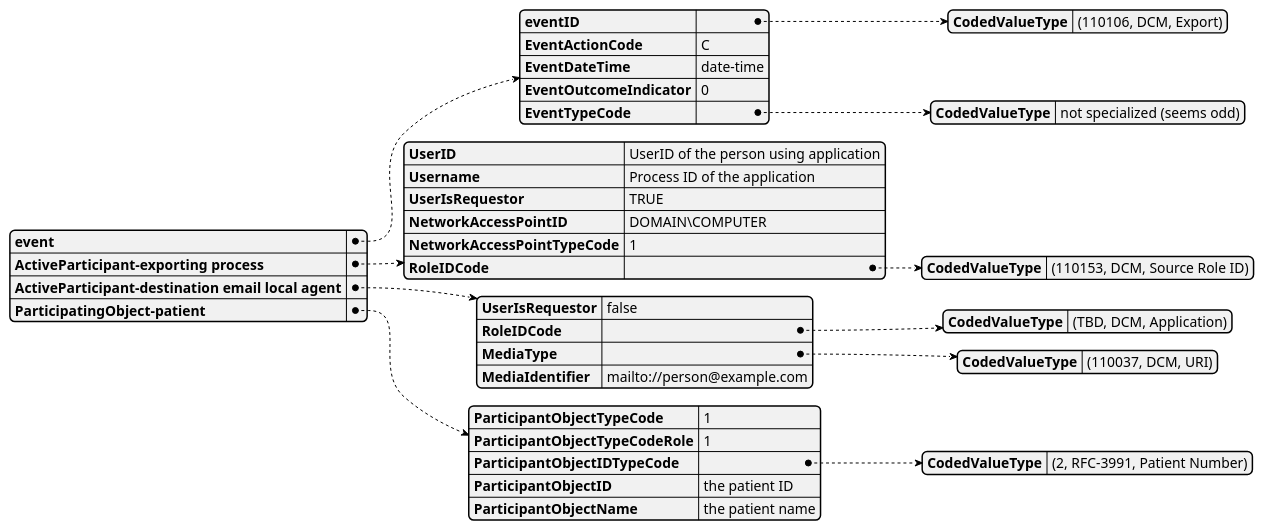
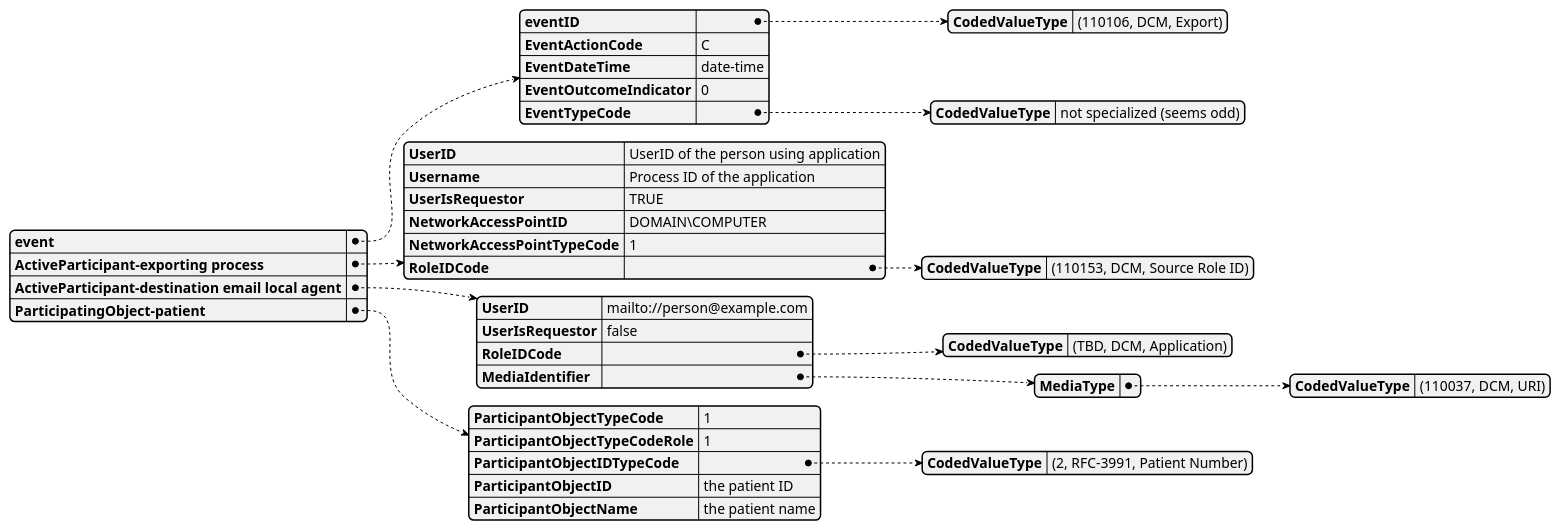
Before and after one commit to rjhorniii/wg14-audit-etc: the diagram in diagrams/export-example-ww.z-email-1.puml, drawn with PlantUML. The commit also changed 3 other files, not shown here.

First line of the commit message:
Fix to match schema

```diff
--- a/diagrams/export-example-ww.z-email-1.puml
+++ b/diagrams/export-example-ww.z-email-1.puml
@@ -2,42 +2,44 @@
 @startjson
 {
 	"event": {
 	   "eventID" : {"CodedValueType" : "(110106, DCM, Export)"},
 	   "EventActionCode": "C",
 	   "EventDateTime" : "date-time",
 	   "EventOutcomeIndicator": "0",
 	   "EventTypeCode" : {
 	   	"CodedValueType" : "not specialized (seems odd)"
 		}
 	   },
 	"ActiveParticipant-exporting process" : {
 	   "UserID" : "UserID of the person using application",
 	   "Username" : "Process ID of the application",
 	   "UserIsRequestor" : "TRUE",
 	   "NetworkAccessPointID" : "DOMAIN\\COMPUTER",
 	   "NetworkAccessPointTypeCode" : "1",
 	   "RoleIDCode" : {
 	   	"CodedValueType" : "(110153, DCM, Source Role ID)"
 		}
 	   },
 	"ActiveParticipant-destination email local agent" : {
+	   "UserID" : "mailto://person@example.com",
 	   "UserIsRequestor" : "false",
 	   "RoleIDCode" : {
 	   	"CodedValueType" : "(TBD, DCM, Application)"
 		},
-	   "MediaType" : {
+	   "MediaIdentifier" : {
+	      "MediaType" : {
 	        "CodedValueType" : "(110037, DCM, URI)"
-		},
-	   "MediaIdentifier" : "mailto://person@example.com"
+		}
+	     }
 	   },
 	"ParticipatingObject-patient" : {
 	    "ParticipantObjectTypeCode" : 1,
 	    "ParticipantObjectTypeCodeRole" : 1,
 	    "ParticipantObjectIDTypeCode" : {
 	        "CodedValueType" : "(2, RFC-3991, Patient Number)"
 	        },
 	    "ParticipantObjectID" : "the patient ID",
 	    "ParticipantObjectName" : "the patient name"
 	   }
 }
 @endjson
```
